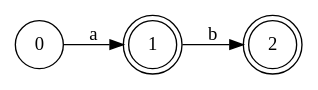
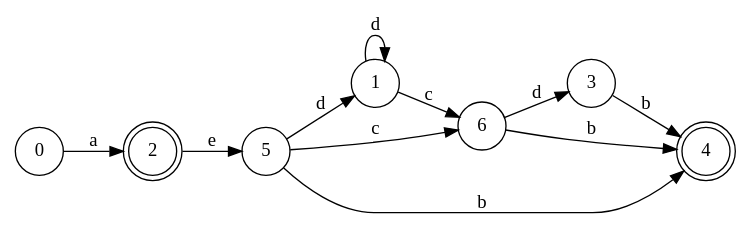
Before and after one commit to Yanis540/M2: the diagram in dfa.dot, drawn with Graphviz. The commit also changed 3 other files, not shown here.

```diff
--- a/dfa.dot
+++ b/dfa.dot
@@ -1,8 +1,16 @@
 digraph DFA {
   rankdir=LR;
   node [shape = circle];
-  0 -> 1 [label="a"];
-  1 [shape = doublecircle];
-  1 -> 2 [label="b"];
+  0 -> 2 [label="a"];
+  1 -> 6 [label="c"];
+  1 -> 1 [label="d"];
   2 [shape = doublecircle];
+  2 -> 5 [label="e"];
+  3 -> 4 [label="b"];
+  4 [shape = doublecircle];
+  5 -> 4 [label="b"];
+  5 -> 6 [label="c"];
+  5 -> 1 [label="d"];
+  6 -> 4 [label="b"];
+  6 -> 3 [label="d"];
 }
```
